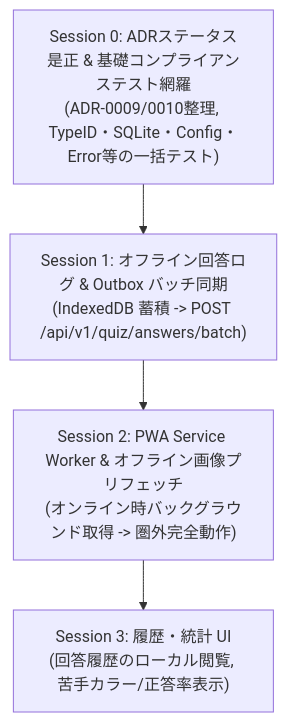
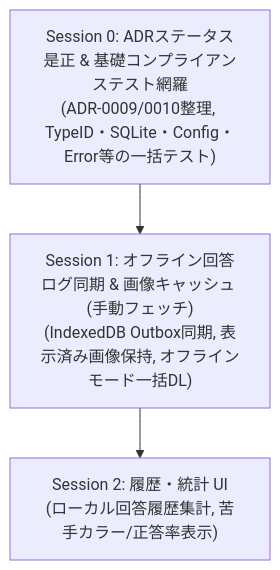
Before and after one commit to AobaIwaki123/penlight-v2: the diagram in docs/notes/13_adr_gap_resolution_and_session_roadmap.md, drawn with Mermaid. The commit also changed other lines of this file, not shown here.

Commit message:
docs(notes): update note 13 with consolidated session 1 offline cache roadmap

````diff
--- a/docs/notes/13_adr_gap_resolution_and_session_roadmap.md
+++ b/docs/notes/13_adr_gap_resolution_and_session_roadmap.md
@@ -29,9 +29,8 @@
 ```mermaid
 flowchart TD
     S0["Session 0: ADRステータス是正 & 基礎コンプライアンステスト網羅<br/>(ADR-0009/0010整理, TypeID・SQLite・Config・Error等の一括テスト)"]
-    S1["Session 1: オフライン回答ログ & Outbox バッチ同期<br/>(IndexedDB 蓄積 -> POST /api/v1/quiz/answers/batch)"]
-    S2["Session 2: PWA Service Worker & オフライン画像プリフェッチ<br/>(オンライン時バックグラウンド取得 -> 圏外完全動作)"]
-    S3["Session 3: 履歴・統計 UI<br/>(回答履歴のローカル閲覧, 苦手カラー/正答率表示)"]
+    S1["Session 1: オフライン回答ログ同期 & 画像キャッシュ (手動フェッチ)<br/>(IndexedDB Outbox同期, 表示済み画像保持, オフラインモード一括DL)"]
+    S2["Session 2: 履歴・統計 UI<br/>(ローカル回答履歴集計, 苦手カラー/正答率表示)"]
 
-    S0 --> S1 --> S2 --> S3
+    S0 --> S1 --> S2
 ```
````
